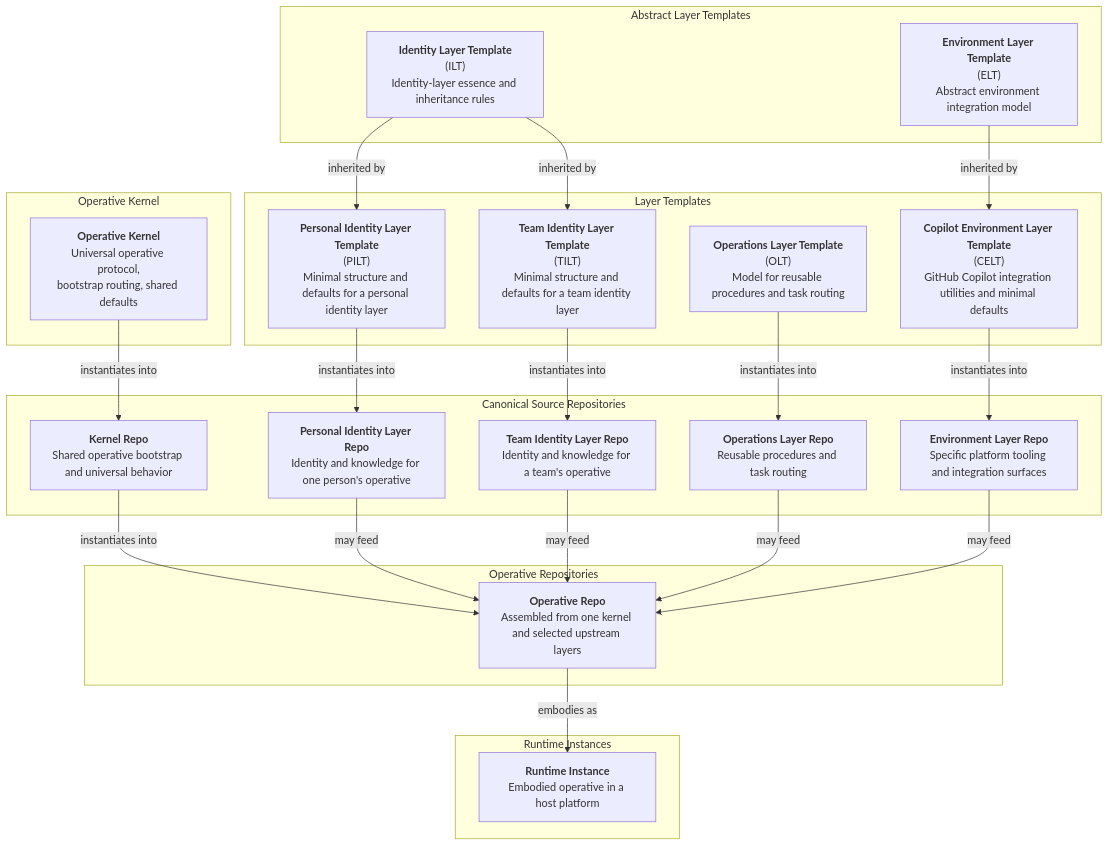
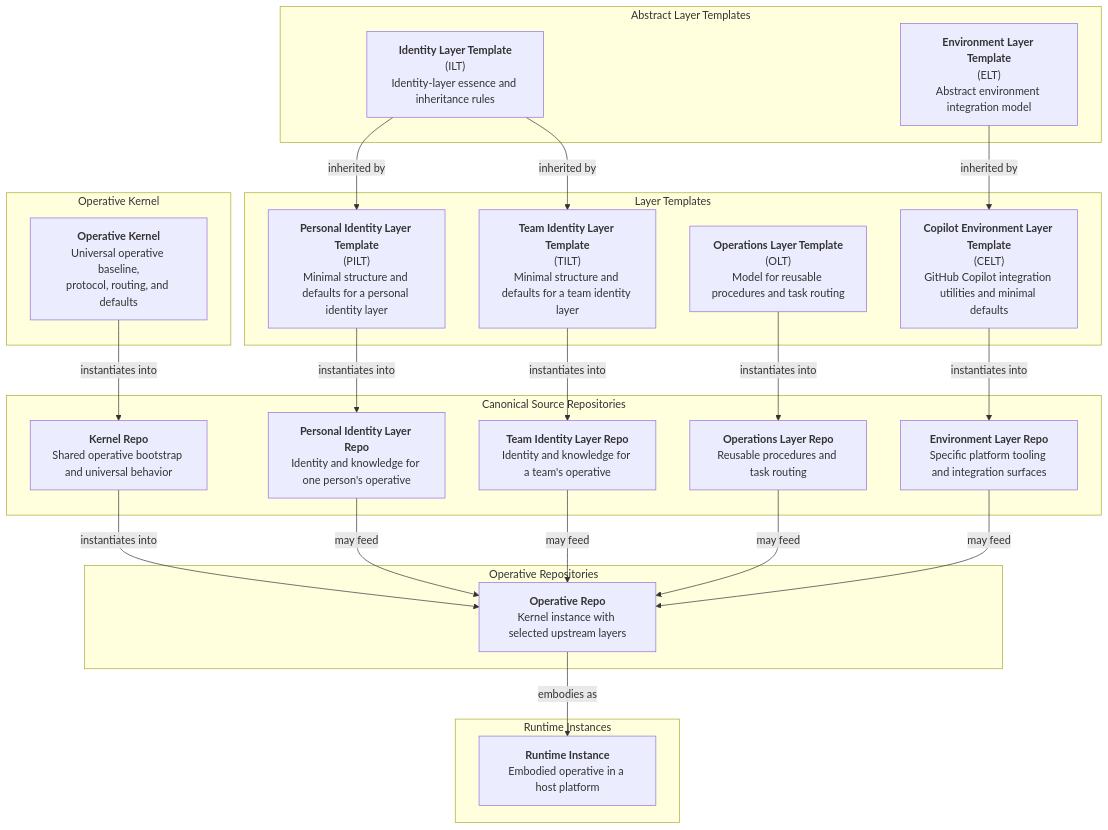
One commit to jack-indaboks/ai-operative-system changed the diagram in ARCHITECTURE.md. Above: the diagram before and after it, drawn with Mermaid. The commit also changed other lines of this file and 3 other files, not shown here.

````diff
--- a/ARCHITECTURE.md
+++ b/ARCHITECTURE.md
@@ -94,52 +119,52 @@
 ```mermaid
 flowchart TD
    subgraph KernelLayer[Operative Kernel]
-      KRN["<b>Operative Kernel</b><br>Universal operative protocol,<br>bootstrap routing, shared defaults"]
+      KRN["<b>Operative Kernel</b><br>Universal operative baseline,<br>protocol, routing, and defaults"]
    end
 
    subgraph AbstractTemplates[Abstract Layer Templates]
       ILT["<b>Identity Layer Template</b><br>(ILT)<br>Identity-layer essence and inheritance rules"]
       ELT["<b>Environment Layer Template</b><br>(ELT)<br>Abstract environment integration model"]
    end
 
    subgraph LayerTemplates[Layer Templates]
       OLT["<b>Operations Layer Template</b><br>(OLT)<br>Model for reusable procedures and task routing"]
       PILT["<b>Personal Identity Layer Template</b><br>(PILT)<br>Minimal structure and defaults for a personal identity layer"]
       TILT["<b>Team Identity Layer Template</b><br>(TILT)<br>Minimal structure and defaults for a team identity layer"]
       CELT["<b>Copilot Environment Layer Template</b><br>(CELT)<br>GitHub Copilot integration utilities and minimal defaults"]
    end
 
    subgraph SourceRepos[Canonical Source Repositories]
       KRR["<b>Kernel Repo</b><br>Shared operative bootstrap and universal behavior"]
       PIL["<b>Personal Identity Layer Repo</b><br>Identity and knowledge for one person's operative"]
       TIL["<b>Team Identity Layer Repo</b><br>Identity and knowledge for a team's operative"]
       OPR["<b>Operations Layer Repo</b><br>Reusable procedures and task routing"]
       ELR["<b>Environment Layer Repo</b><br>Specific platform tooling and integration surfaces"]
    end
 
    subgraph OperativeRepos[Operative Repositories]
-      OPRT["<b>Operative Repo</b><br>Assembled from one kernel and selected upstream layers"]
+      OPRT["<b>Operative Repo</b><br>Kernel instance with selected upstream layers"]
    end
 
    subgraph RuntimeLayer[Runtime Instances]
       OP["<b>Runtime Instance</b><br>Embodied operative in a host platform"]
    end
 
    KRN -->|instantiates into| KRR
    ILT -->|inherited by| PILT
    ILT -->|inherited by| TILT
    ELT -->|inherited by| CELT
    OLT -->|instantiates into| OPR
 
    PILT -->|instantiates into| PIL
    TILT -->|instantiates into| TIL
    CELT -->|instantiates into| ELR
 
    KRR -->|instantiates into| OPRT
    PIL -->|may feed| OPRT
    TIL -->|may feed| OPRT
    OPR -->|may feed| OPRT
    ELR -->|may feed| OPRT
 
    OPRT -->|embodies as| OP
 ```
````
